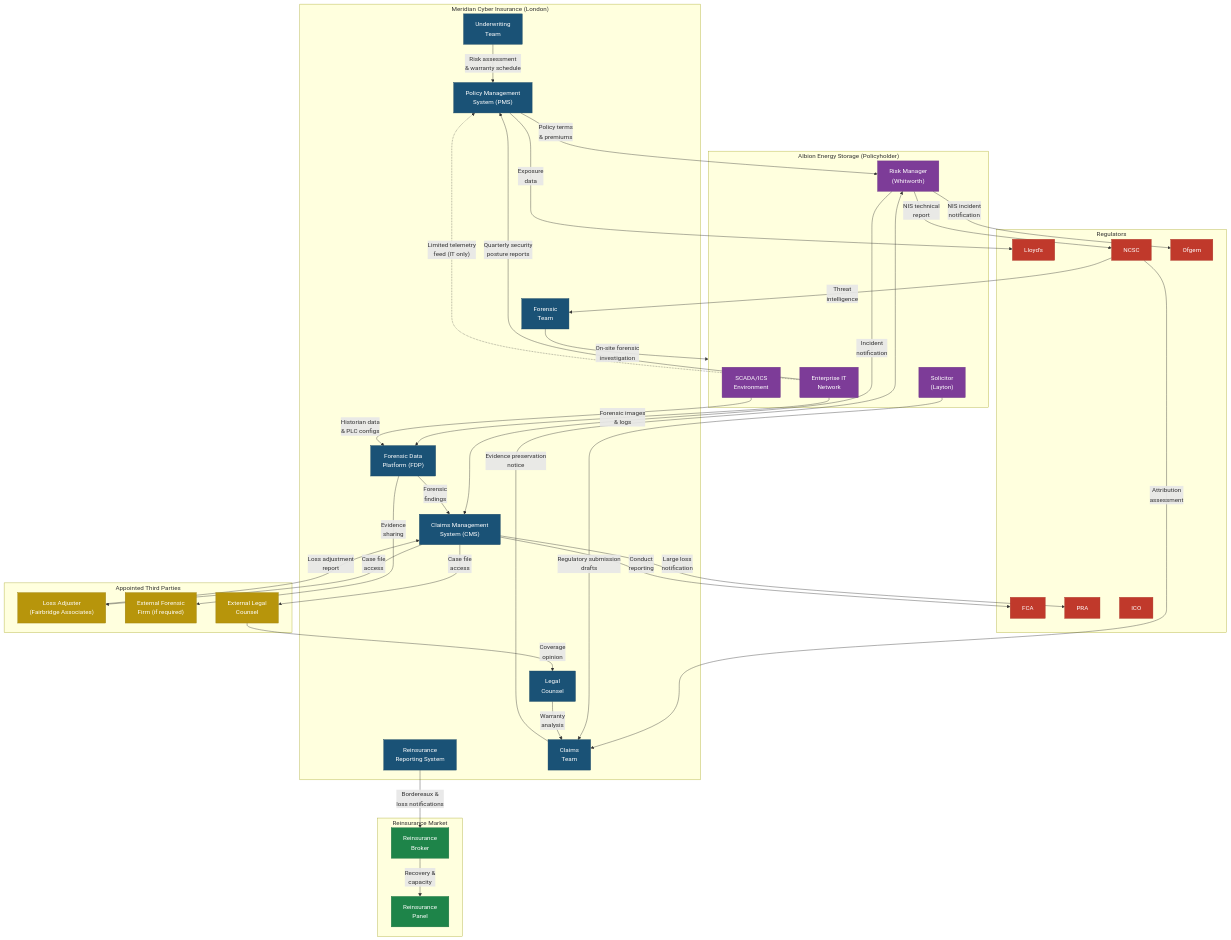
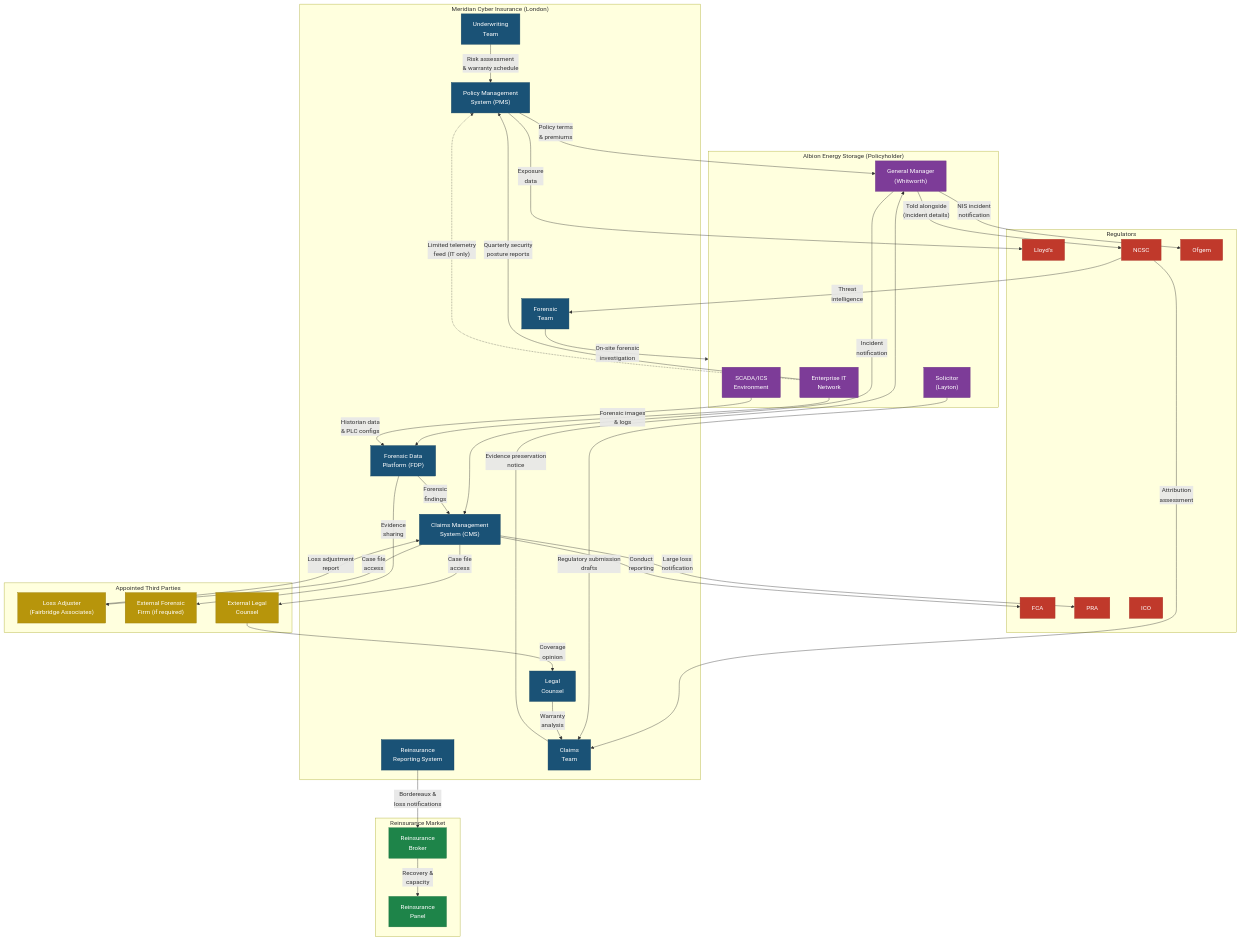
One commit to cliffe/BreakEscape changed the second of 2 diagrams in scenarios/sis03_cyber_insurance/information_pack.md. Above: the diagram before and after it, drawn with Mermaid. The commit also changed other lines of this file and 15 other files, not shown here.

```diff
--- a/scenarios/sis03_cyber_insurance/information_pack.md
+++ b/scenarios/sis03_cyber_insurance/information_pack.md
@@ -1456,7 +1474,7 @@
     subgraph Albion["Albion Energy Storage (Policyholder)"]
         AIT["Enterprise IT<br/>Network"]
         ASCADA["SCADA/ICS<br/>Environment"]
-        ARM["Risk Manager<br/>(Whitworth)"]
+        ARM["General Manager<br/>(Whitworth)"]
         ASOL["Solicitor<br/>(Layton)"]
     end
 
@@ -1499,7 +1517,7 @@
 
     %% Regulatory flows
     ARM -->|"NIS incident<br/>notification"| OFGEM
-    ARM -->|"NIS technical<br/>report"| NCSC
+    ARM -->|"Told alongside<br/>(incident details)"| NCSC
     NCSC -->|"Attribution<br/>assessment"| CT
     NCSC -->|"Threat<br/>intelligence"| FT
     CMS -->|"Large loss<br/>notification"| PRA
```
